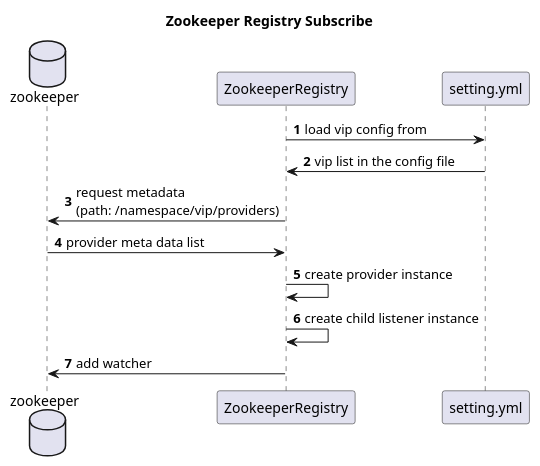
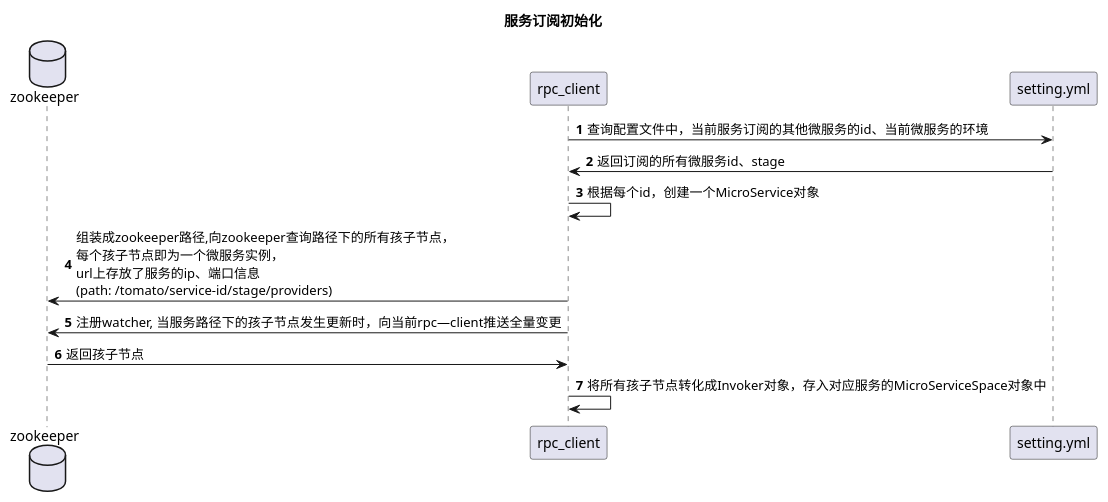
One commit to CompassA/tomato-rpc changed the diagram in uml/zookeeper_subscribe.puml. Above: the diagram before and after it, drawn with PlantUML. The commit also changed 18 other files, not shown here.

```diff
--- a/uml/zookeeper_subscribe.puml
+++ b/uml/zookeeper_subscribe.puml
@@ -1,17 +1,17 @@
 @startuml
-title Zookeeper Registry Subscribe
+title 服务订阅初始化
 autonumber
 
 database zookeeper
-participant ZookeeperRegistry
+participant rpc_client
 
 
-ZookeeperRegistry -> setting.yml: load vip config from
-setting.yml -> ZookeeperRegistry: vip list in the config file
-ZookeeperRegistry -> zookeeper: request metadata\n(path: /namespace/vip/providers)
-zookeeper -> ZookeeperRegistry: provider meta data list
-ZookeeperRegistry -> ZookeeperRegistry: create provider instance
-ZookeeperRegistry -> ZookeeperRegistry: create child listener instance
-ZookeeperRegistry -> zookeeper: add watcher
+rpc_client -> setting.yml: 查询配置文件中，当前服务订阅的其他微服务的id、当前微服务的环境
+setting.yml -> rpc_client: 返回订阅的所有微服务id、stage
+rpc_client -> rpc_client: 根据每个id，创建一个MicroService对象
+rpc_client -> zookeeper: 组装成zookeeper路径,向zookeeper查询路径下的所有孩子节点，\n每个孩子节点即为一个微服务实例，\nurl上存放了服务的ip、端口信息\n(path: /tomato/service-id/stage/providers)
+rpc_client -> zookeeper: 注册watcher, 当服务路径下的孩子节点发生更新时，向当前rpc—client推送全量变更
+zookeeper -> rpc_client: 返回孩子节点
+rpc_client -> rpc_client: 将所有孩子节点转化成Invoker对象，存入对应服务的MicroServiceSpace对象中
 
 @enduml
```
